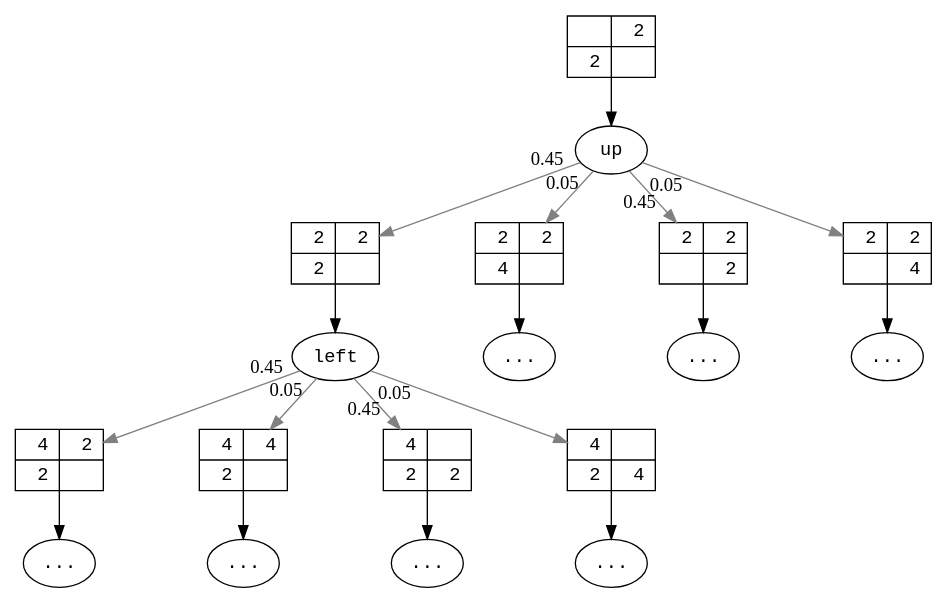
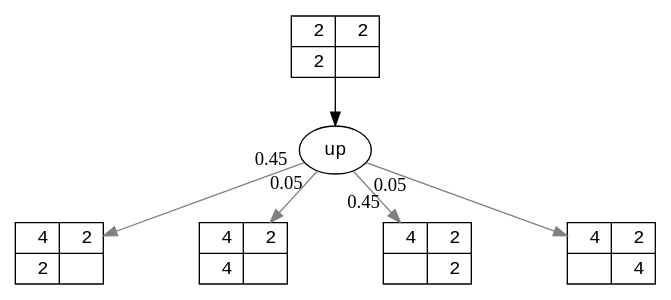
One commit to jdleesmiller/jdleesmiller.github.io changed the diagram in assets/2048/2x2_intro.dot. Above: the diagram before and after it, drawn with Graphviz. The commit also changed 3 other files, not shown here.

```diff
--- a/assets/2048/2x2_intro.dot
+++ b/assets/2048/2x2_intro.dot
@@ -1,45 +1,17 @@
 digraph {
   nodesep=1;
   node [fontname="Courier"];
-  s0_1_1_0 [shape=record, label="{{&nbsp;&nbsp;|&nbsp;2}|{&nbsp;2|&nbsp;&nbsp;}}"];
+
   s1_1_1_0 [shape=record, label="{{&nbsp;2|&nbsp;2}|{&nbsp;2|&nbsp;&nbsp;}}"];
-  s1_1_2_0 [shape=record, label="{{&nbsp;2|&nbsp;2}|{&nbsp;4|&nbsp;&nbsp;}}"];
-  s1_1_0_1 [shape=record, label="{{&nbsp;2|&nbsp;2}|{&nbsp;&nbsp;|&nbsp;2}}"];
-  s1_1_0_2 [shape=record, label="{{&nbsp;2|&nbsp;2}|{&nbsp;&nbsp;|&nbsp;4}}"];
+  s2_1_1_0 [shape=record, label="{{&nbsp;4|&nbsp;2}|{&nbsp;2|&nbsp;&nbsp;}}"];
+  s2_1_2_0 [shape=record, label="{{&nbsp;4|&nbsp;2}|{&nbsp;4|&nbsp;&nbsp;}}"];
+  s2_1_0_1 [shape=record, label="{{&nbsp;4|&nbsp;2}|{&nbsp;&nbsp;|&nbsp;2}}"];
+  s2_1_0_2 [shape=record, label="{{&nbsp;4|&nbsp;2}|{&nbsp;&nbsp;|&nbsp;4}}"];
 
   up [label="up"]
-  s0_1_1_0 -> up
-  up -> s1_1_1_0 [labeldistance=2.5, taillabel=" 0.45 ", color=grey];
-  up -> s1_1_2_0 [labeldistance=2.5, taillabel=" 0.05 ", color=grey];
-  up -> s1_1_0_1 [labeldistance=2.5, taillabel=" 0.45 ", color=grey];
-  up -> s1_1_0_2 [labeldistance=2.5, taillabel=" 0.05 ", color=grey];
-
-  a2 [label="..."]
-  a3 [label="..."]
-  a4 [label="..."]
-
-  s1_1_2_0 -> a2
-  s1_1_0_1 -> a3
-  s1_1_0_2 -> a4
-
-  s2_1_1_0 [shape=record, label="{{&nbsp;4|&nbsp;2}|{&nbsp;2|&nbsp;&nbsp;}}"];
-  s2_1_2_0 [shape=record, label="{{&nbsp;4|&nbsp;4}|{&nbsp;2|&nbsp;&nbsp;}}"];
-  s2_1_0_1 [shape=record, label="{{&nbsp;4|&nbsp;&nbsp;}|{&nbsp;2|&nbsp;2}}"];
-  s2_1_0_2 [shape=record, label="{{&nbsp;4|&nbsp;&nbsp;}|{&nbsp;2|&nbsp;4}}"];
-  left [label="left"]
-  s1_1_1_0 -> left
-  left -> s2_1_1_0 [labeldistance=2.5, taillabel=" 0.45 ", color=grey];
-  left -> s2_1_2_0 [labeldistance=2.5, taillabel=" 0.05 ", color=grey];
-  left -> s2_1_0_1 [labeldistance=2.5, taillabel=" 0.45 ", color=grey];
-  left -> s2_1_0_2 [labeldistance=2.5, taillabel=" 0.05 ", color=grey];
-
-  a5 [label="..."]
-  a6 [label="..."]
-  a7 [label="..."]
-  a8 [label="..."]
-
-  s2_1_1_0 -> a5
-  s2_1_2_0 -> a6
-  s2_1_0_1 -> a7
-  s2_1_0_2 -> a8
+  s1_1_1_0 -> up
+  up -> s2_1_1_0 [labeldistance=2.5, taillabel=" 0.45 ", color=grey];
+  up -> s2_1_2_0 [labeldistance=2.5, taillabel=" 0.05 ", color=grey];
+  up -> s2_1_0_1 [labeldistance=2.5, taillabel=" 0.45 ", color=grey];
+  up -> s2_1_0_2 [labeldistance=2.5, taillabel=" 0.05 ", color=grey];
 }
```
